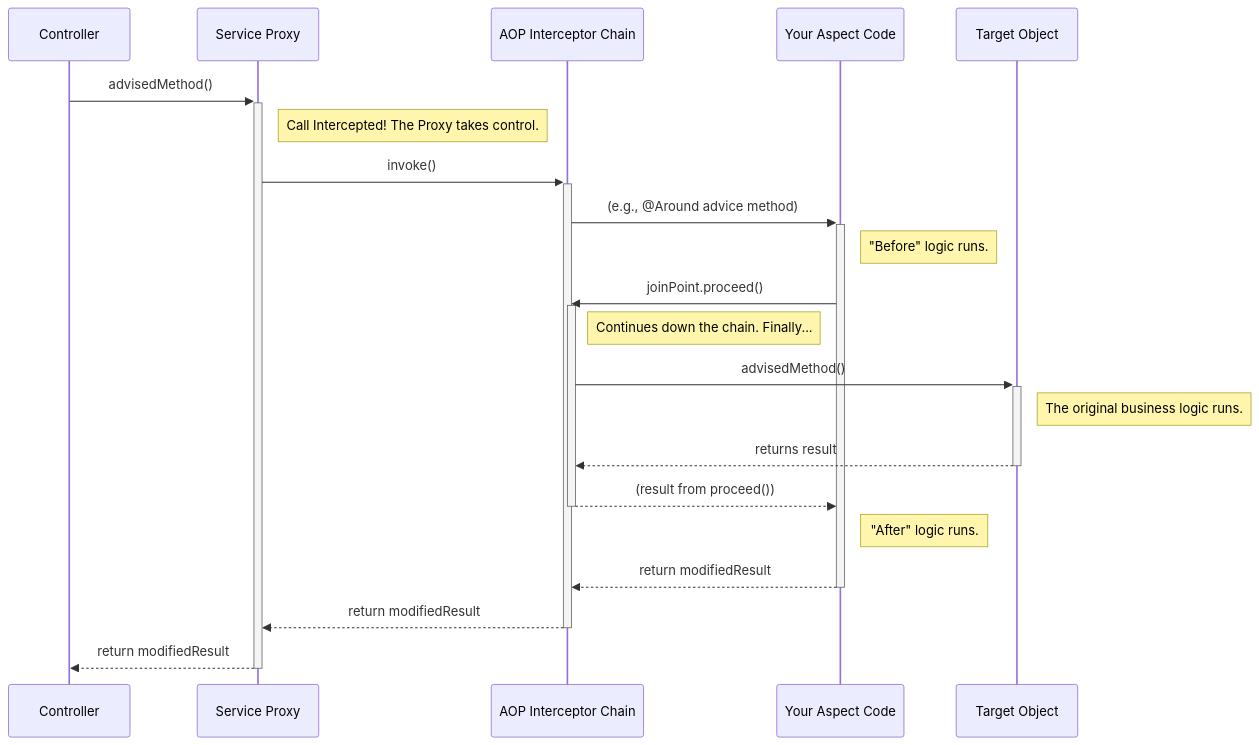
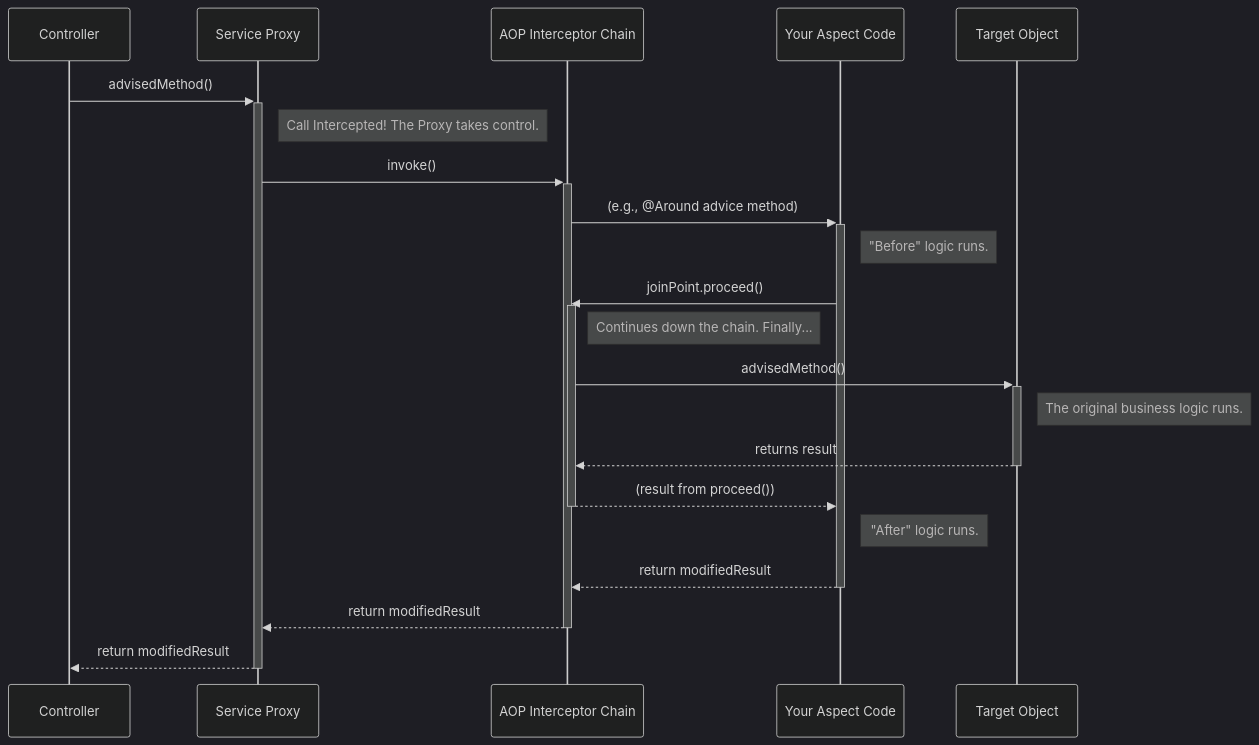
One commit to Ashjha75/MyDocs changed the second of 2 diagrams in src/content/docs/springboot/projectdocs/aop.md. Above: the diagram before and after it, drawn with Mermaid. The commit also changed other lines of this file and 1 other file, not shown here.

Commit message:
Refactor: Update AOP documentation titles and enhance Mermaid diagrams with dark theme for improved readability

````diff
--- a/src/content/docs/springboot/projectdocs/aop.md
+++ b/src/content/docs/springboot/projectdocs/aop.md
@@ -197,38 +197,28 @@
 ```mermaid
+---
+config:
+  theme: dark
+---
 sequenceDiagram
     participant Controller
     participant ServiceProxy as Service Proxy
     participant MethodInterceptor as AOP Interceptor Chain
     participant YourAspect as Your Aspect Code
     participant RealService as Target Object
+    Controller->>+ServiceProxy: advisedMethod()
+    Note right of ServiceProxy: Call Intercepted! The Proxy takes control.
+    ServiceProxy->>+MethodInterceptor: invoke()
+    MethodInterceptor->>+YourAspect: (e.g., @Around advice method)
+    Note right of YourAspect: "Before" logic runs.
+    YourAspect->>+MethodInterceptor: joinPoint.proceed()
+    Note right of MethodInterceptor: Continues down the chain. Finally...
+    MethodInterceptor->>+RealService: advisedMethod()
+    Note right of RealService: The original business logic runs.
+    RealService-->>-MethodInterceptor: returns result
+    MethodInterceptor-->>-YourAspect: (result from proceed())
+    Note right of YourAspect: "After" logic runs.
+    YourAspect-->>-MethodInterceptor: return modifiedResult;
+    MethodInterceptor-->>-ServiceProxy: return modifiedResult;
+    ServiceProxy-->>-Controller: return modifiedResult;
 
-    Controller->>+ServiceProxy: advisedMethod()
-
-    Note right of ServiceProxy: Call Intercepted! The Proxy takes control.
-
-    ServiceProxy->>+MethodInterceptor: invoke()
-    
-    MethodInterceptor->>+YourAspect: (e.g., @Around advice method)
-
-    Note right of YourAspect: "Before" logic runs.
-    
-    YourAspect->>+MethodInterceptor: joinPoint.proceed()
-    
-    Note right of MethodInterceptor: Continues down the chain. Finally...
-
-    MethodInterceptor->>+RealService: advisedMethod()
-    
-    Note right of RealService: The original business logic runs.
-    
-    RealService-->>-MethodInterceptor: returns result
-    
-    MethodInterceptor-->>-YourAspect: (result from proceed())
-
-    Note right of YourAspect: "After" logic runs.
-    
-    YourAspect-->>-MethodInterceptor: return modifiedResult;
-    
-    MethodInterceptor-->>-ServiceProxy: return modifiedResult;
-
-    ServiceProxy-->>-Controller: return modifiedResult;
 ```
````
